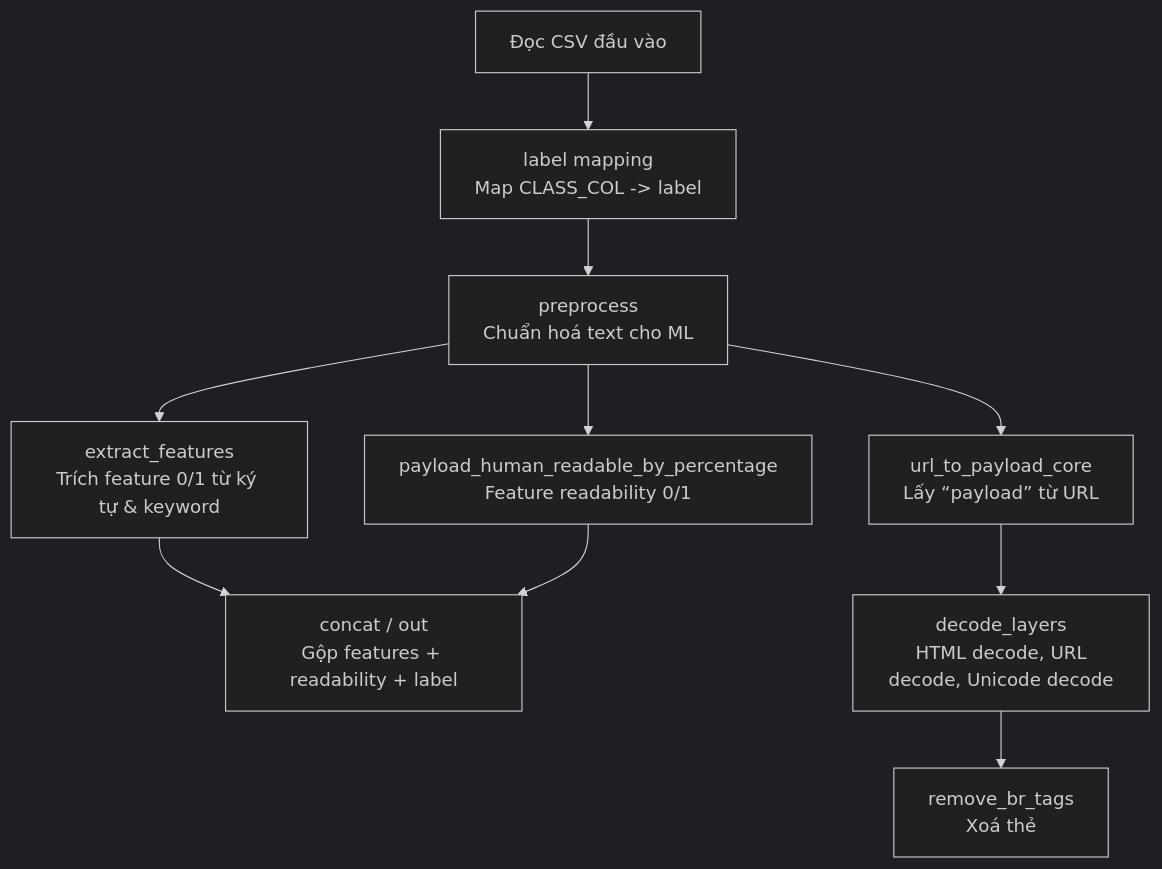
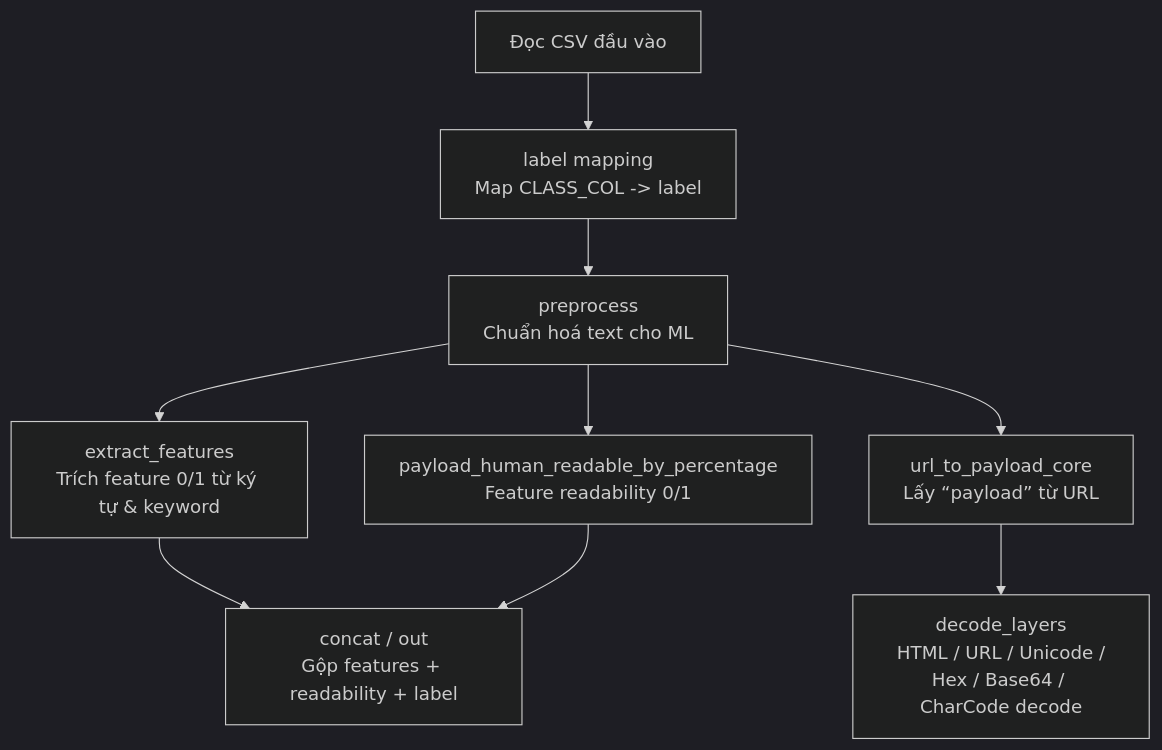
The second of 3 diagrams in README.md (Tu4n4nh/HocMayTrongATTT), drawn with Mermaid (dark theme) before and after one commit. The commit also changed other lines of this file and 3 other files, not shown here.

````diff
--- a/README.md
+++ b/README.md
@@ -118,13 +118,12 @@
 ```mermaid
 flowchart TD
   A[Đọc CSV đầu vào] --> B[label mapping<br/>Map CLASS_COL -> label]
   B --> C[preprocess<br/>Chuẩn hoá text cho ML]
   C --> D[extract_features<br/>Trích feature 0/1 từ ký tự & keyword]
   C --> E[payload_human_readable_by_percentage<br/>Feature readability 0/1]
   D --> F[concat / out<br/>Gộp features + readability + label]
   E --> F
 
   C --> C1[url_to_payload_core<br/>Lấy “payload” từ URL]
-  C1 --> C2[decode_layers<br/> HTML decode, URL decode, Unicode decode]
-  C2 --> C3[remove_br_tags<br/>Xoá thẻ <br>]
+  C1 --> C2[decode_layers<br/> HTML / URL / Unicode / Hex / Base64 / CharCode decode]
 ```
````
